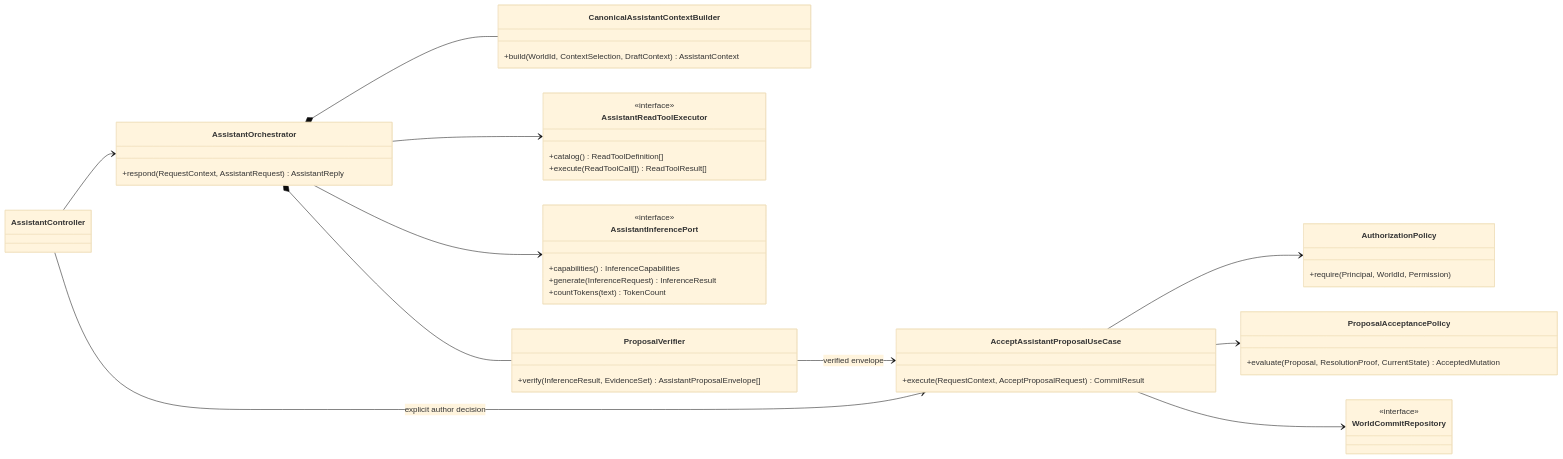
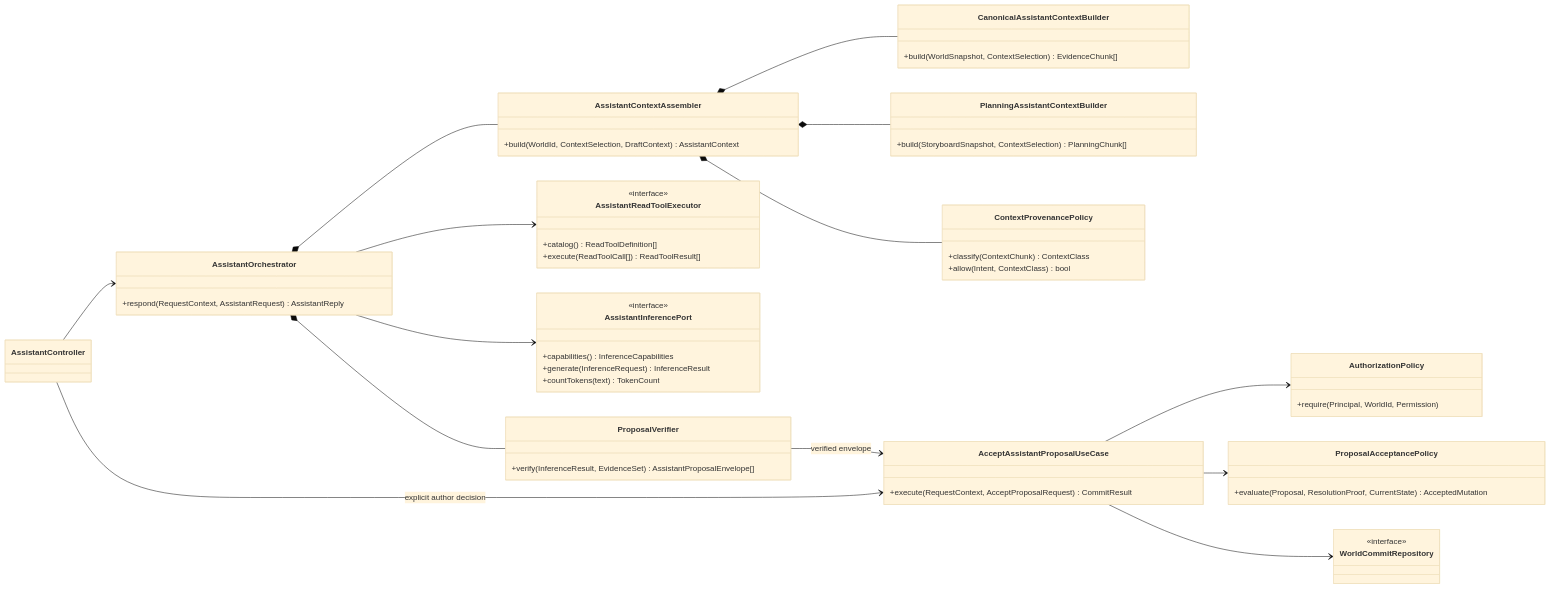
The first of 5 diagrams in docs/architecture/views/assistant-and-inference.md (Tim3399/quiltor), drawn with Mermaid (base theme) before and after one commit. The commit also changed other lines of this file and 111 other files, not shown here.

Commit message:
feat(storyboard): add planning-aware assistant context

````diff
--- a/docs/architecture/views/assistant-and-inference.md
+++ b/docs/architecture/views/assistant-and-inference.md
@@ -16,49 +16,62 @@
 ```mermaid
 classDiagram
 direction LR
 
 class AssistantController
 class AssistantOrchestrator {
   +respond(RequestContext, AssistantRequest) AssistantReply
 }
+class AssistantContextAssembler {
+  +build(WorldId, ContextSelection, DraftContext) AssistantContext
+}
 class CanonicalAssistantContextBuilder {
-  +build(WorldId, ContextSelection, DraftContext) AssistantContext
+  +build(WorldSnapshot, ContextSelection) EvidenceChunk[]
+}
+class PlanningAssistantContextBuilder {
+  +build(StoryboardSnapshot, ContextSelection) PlanningChunk[]
+}
+class ContextProvenancePolicy {
+  +classify(ContextChunk) ContextClass
+  +allow(Intent, ContextClass) bool
 }
 class AssistantReadToolExecutor {
   <<interface>>
   +catalog() ReadToolDefinition[]
   +execute(ReadToolCall[]) ReadToolResult[]
 }
 class AssistantInferencePort {
   <<interface>>
   +capabilities() InferenceCapabilities
   +generate(InferenceRequest) InferenceResult
   +countTokens(text) TokenCount
 }
 class ProposalVerifier {
   +verify(InferenceResult, EvidenceSet) AssistantProposalEnvelope[]
 }
 class AcceptAssistantProposalUseCase {
   +execute(RequestContext, AcceptProposalRequest) CommitResult
 }
 class AuthorizationPolicy {
   +require(Principal, WorldId, Permission)
 }
 class ProposalAcceptancePolicy {
   +evaluate(Proposal, ResolutionProof, CurrentState) AcceptedMutation
 }
 class WorldCommitRepository {
   <<interface>>
 }
 
 AssistantController --> AssistantOrchestrator
-AssistantOrchestrator *-- CanonicalAssistantContextBuilder
+AssistantOrchestrator *-- AssistantContextAssembler
+AssistantContextAssembler *-- CanonicalAssistantContextBuilder
+AssistantContextAssembler *-- PlanningAssistantContextBuilder
+AssistantContextAssembler *-- ContextProvenancePolicy
 AssistantOrchestrator --> AssistantReadToolExecutor
 AssistantOrchestrator --> AssistantInferencePort
 AssistantOrchestrator *-- ProposalVerifier
 ProposalVerifier --> AcceptAssistantProposalUseCase : verified envelope
 AssistantController --> AcceptAssistantProposalUseCase : explicit author decision
 AcceptAssistantProposalUseCase --> AuthorizationPolicy
 AcceptAssistantProposalUseCase --> ProposalAcceptancePolicy
 AcceptAssistantProposalUseCase --> WorldCommitRepository
 ```
````
